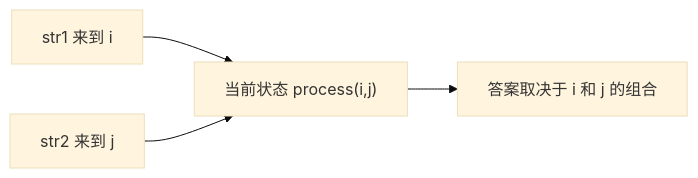
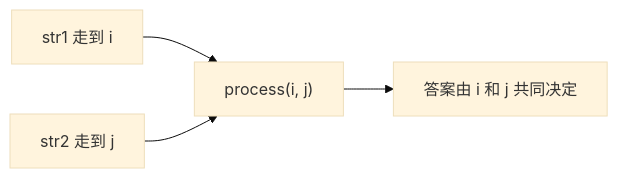
One commit to freeedoooooo/algs changed the first of 3 diagrams in my-notes/01-基础巩固/13-暴力递归到动态规划2-尝试模型/14-尝试模型3-多样本位置全对应-最长公共子序列.md. Above: the diagram before and after it, drawn with Mermaid (base theme). The commit also changed other lines of this file, not shown here.

````diff
--- a/my-notes/01-基础巩固/13-暴力递归到动态规划2-尝试模型/14-尝试模型3-多样本位置全对应-最长公共子序列.md
+++ b/my-notes/01-基础巩固/13-暴力递归到动态规划2-尝试模型/14-尝试模型3-多样本位置全对应-最长公共子序列.md
@@ -105,6 +53,6 @@
 ```mermaid
 graph LR
-    A["str1 来到 i"] --> C["当前状态 process(i,j)"]
-    B["str2 来到 j"] --> C
-    C --> D["答案取决于 i 和 j 的组合"]
+    A["str1 走到 i"] --> C["process(i, j)"]
+    B["str2 走到 j"] --> C
+    C --> D["答案由 i 和 j 共同决定"]
 ```
````
